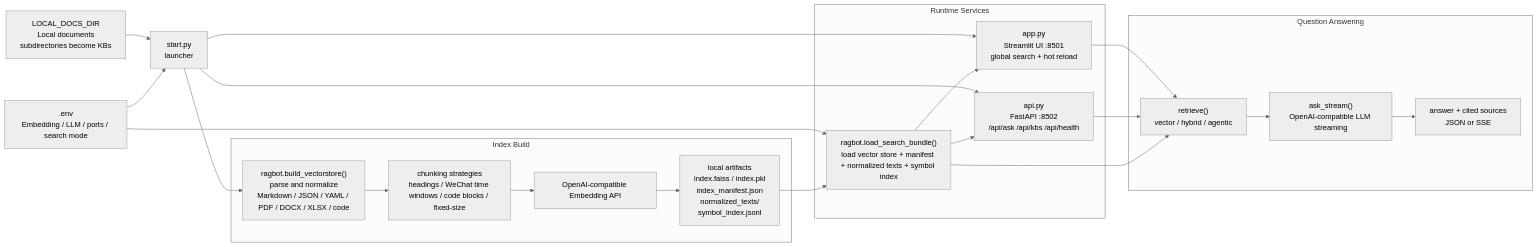
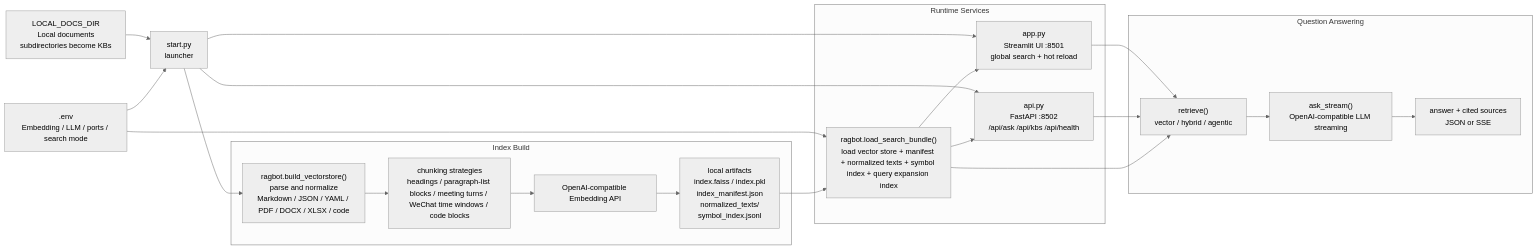
Before and after one commit to yahuo/OpenCortex: the first of 2 diagrams in README.md, drawn with Mermaid (neutral theme). The commit also changed other lines of this file and 12 other files, not shown here.

````diff
--- a/README.md
+++ b/README.md
@@ -32,37 +32,37 @@
 ```mermaid
 flowchart LR
     Docs["LOCAL_DOCS_DIR<br/>Local documents<br/>subdirectories become KBs"] --> Start["start.py<br/>launcher"]
     Env[".env<br/>Embedding / LLM / ports / search mode"] --> Start
 
     subgraph Build["Index Build"]
         Parse["ragbot.build_vectorstore()<br/>parse and normalize<br/>Markdown / JSON / YAML / PDF / DOCX / XLSX / code"]
-        Chunk["chunking strategies<br/>headings / WeChat time windows / code blocks / fixed-size"]
+        Chunk["chunking strategies<br/>headings / paragraph-list blocks / meeting turns / WeChat time windows / code blocks"]
         Embed["OpenAI-compatible Embedding API"]
         Persist["local artifacts<br/>index.faiss / index.pkl<br/>index_manifest.json<br/>normalized_texts/<br/>symbol_index.jsonl"]
     end
 
     subgraph Runtime["Runtime Services"]
-        Bundle["ragbot.load_search_bundle()<br/>load vector store + manifest + normalized texts + symbol index"]
+        Bundle["ragbot.load_search_bundle()<br/>load vector store + manifest + normalized texts + symbol index + query expansion index"]
         App["app.py<br/>Streamlit UI :8501<br/>global search + hot reload"]
         API["api.py<br/>FastAPI :8502<br/>/api/ask /api/kbs /api/health"]
     end
 
     subgraph Query["Question Answering"]
         Retrieve["retrieve()<br/>vector / hybrid / agentic"]
         LLM["ask_stream()<br/>OpenAI-compatible LLM streaming"]
         Output["answer + cited sources<br/>JSON or SSE"]
     end
 
     Start --> Parse
     Parse --> Chunk --> Embed --> Persist
     Start --> App
     Start --> API
     Env --> Bundle
     Persist --> Bundle
     Bundle --> App
     Bundle --> API
     App --> Retrieve
     API --> Retrieve
     Bundle --> Retrieve
     Retrieve --> LLM --> Output
 ```
````
